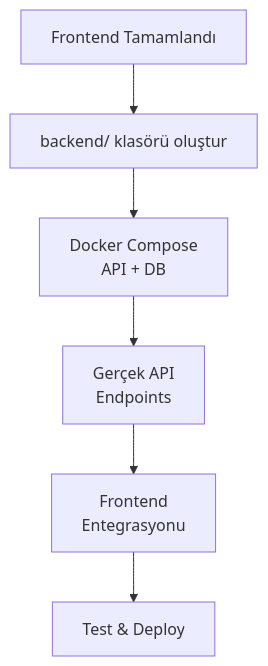
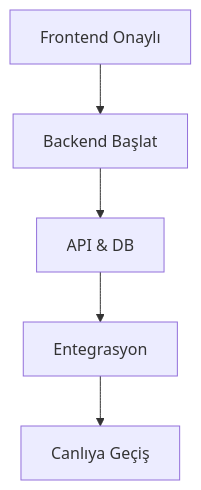
The third of 3 diagrams in README.md (atifertugrul-kan/havsan-ai-coding-mimari-app), drawn with Mermaid before and after one commit. The commit also changed other lines of this file and 3 other files, not shown here.

````diff
--- a/README.md
+++ b/README.md
@@ -138,8 +53,7 @@
 ```mermaid
 graph TD
-    A[Frontend Tamamlandı] --> B[backend/ klasörü oluştur]
-    B --> C[Docker Compose<br/>API + DB]
-    C --> D[Gerçek API<br/>Endpoints]
-    D --> E[Frontend<br/>Entegrasyonu]
-    E --> F[Test & Deploy]
+    FE_OK[Frontend Onaylı] --> BE[Backend Başlat]
+    BE --> API[API & DB]
+    API --> Integ[Entegrasyon]
+    Integ --> Live[Canlıya Geçiş]
 ```
````
